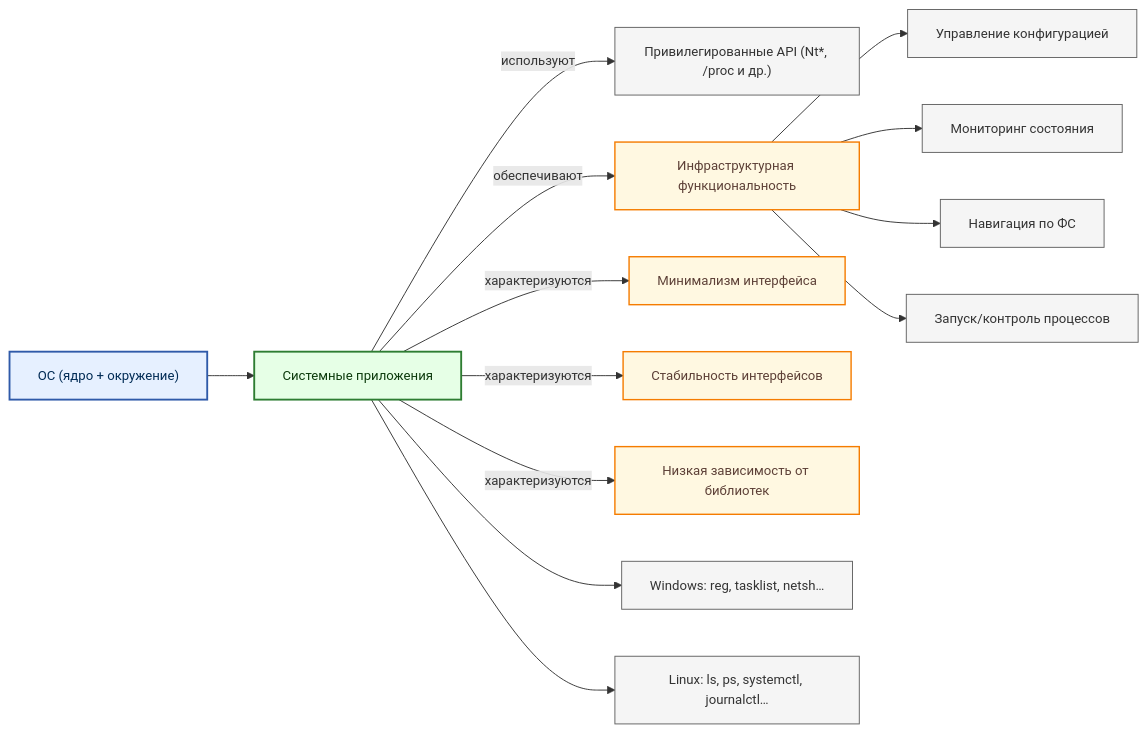
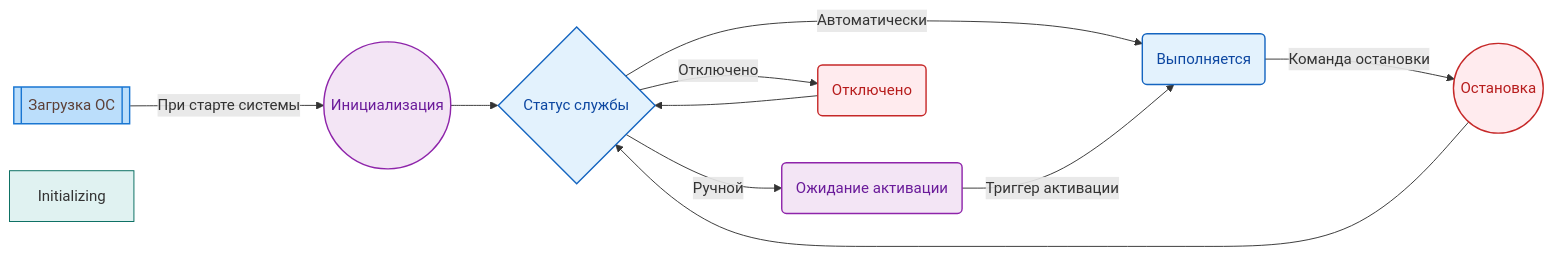
Before and after one commit to Spirzen/it-knowledge-base: the second of 6 diagrams in docs/encyclopedia/1. Основы/1.11. Софт рядового пользователя/1.md, drawn with Mermaid. The commit also changed other lines of this file and 27 other files, not shown here.

````diff
--- a/docs/encyclopedia/1. Основы/1.11. Софт рядового пользователя/1.md
+++ b/docs/encyclopedia/1. Основы/1.11. Софт рядового пользователя/1.md
@@ -43,39 +979,19 @@
 ```mermaid
-%%{init: {
-  "theme": "default",
-  "themeVariables": {
-    "fontSize": "14px",
-    "fontFamily": "Segoe UI, Tahoma, sans-serif"
-  }
-}}%%
 flowchart LR
-    classDef os fill:#e6f0ff,stroke:#2f5aa9,stroke-width:2px,color:#002b55;
-    classDef app fill:#e6ffe6,stroke:#2e7d32,stroke-width:2px,color:#0d3b0d;
-    classDef trait fill:#fff8e1,stroke:#f57c00,stroke-width:1.5px,color:#5d4037;
-    classDef example fill:#f5f5f5,stroke:#616161,stroke-width:1px,color:#333333;
+classDef service fill:#e3f2fd,stroke:#1565c0,stroke-width:1.5px,color:#0d47a1;
+classDef start fill:#fff8e1,stroke:#f57f17,stroke-width:1.5px,color:#5d4037;
+classDef stop fill:#ffebee,stroke:#c62828,stroke-width:1.5px,color:#b71c1c;
+classDef wait fill:#f3e5f5,stroke:#8e24aa,stroke-width:1.5px,color:#6a1b9a;
 
-    OS["ОС (ядро + окружение)"]:::os
-
-    SA["Системные приложения"]:::app
-    SA -->|используют| KAPI["Привилегированные API (Nt*, /proc и др.)"]:::example
-    SA -->|обеспечивают| FUNC["Инфраструктурная функциональность"]:::trait
-
-    FUNC --> MAN["Управление конфигурацией"]:::example
-    FUNC --> MON["Мониторинг состояния"]:::example
-    FUNC --> NAV["Навигация по ФС"]:::example
-    FUNC --> PROC["Запуск/контроль процессов"]:::example
-
-    SA -->|характеризуются| MIN["Минимализм интерфейса"]:::trait
-    SA -->|характеризуются| STAB["Стабильность интерфейсов"]:::trait
-    SA -->|характеризуются| LOWDEP["Низкая зависимость от библиотек"]:::trait
-
-    WIN["Windows: reg, tasklist, netsh…"]:::example
-    LIN["Linux: ls, ps, systemctl, journalctl…"]:::example
-
-    OS --> SA
-    SA --> WIN
-    SA --> LIN
-
-    style SA min-width:140px
-    style FUNC min-width:160px
+Start[["Загрузка ОС"]]:::start -->|При старте системы | Initialize((Инициализация)):::wait
+Initialize --> State{"Статус службы"}:::service
+State -->|Автоматически| Running("Выполняется"):::service
+State -->|Ручной| Waiting("Ожидание активации"):::wait
+State -->|Отключено| Disabled("Отключено"):::stop
+Running -->|Команда остановки | Stopping((Остановка)):::stop
+Waiting -->|Триггер активации| Running
+Stopping --> State
+Disabled --> State
+style Start fill:#bbdefb,stroke:#1976d2
+style Initializing fill:#e0f2f1,stroke:#00695c
 ```
````
